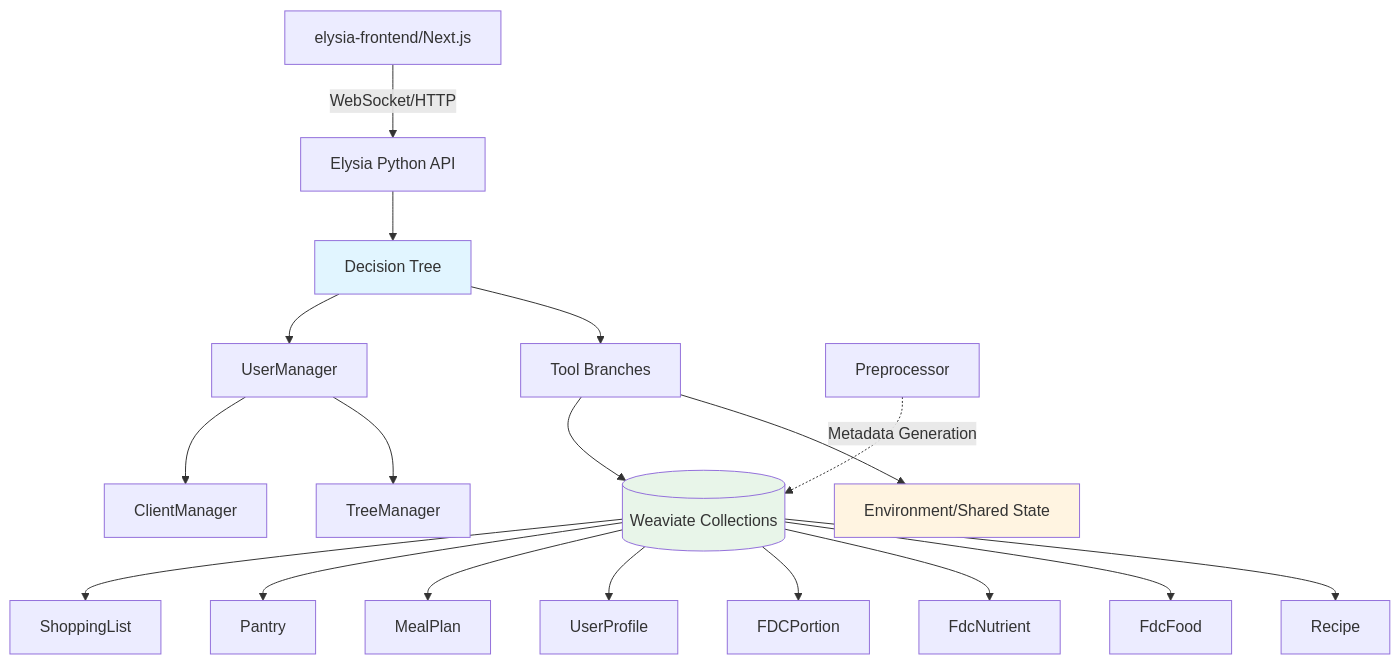
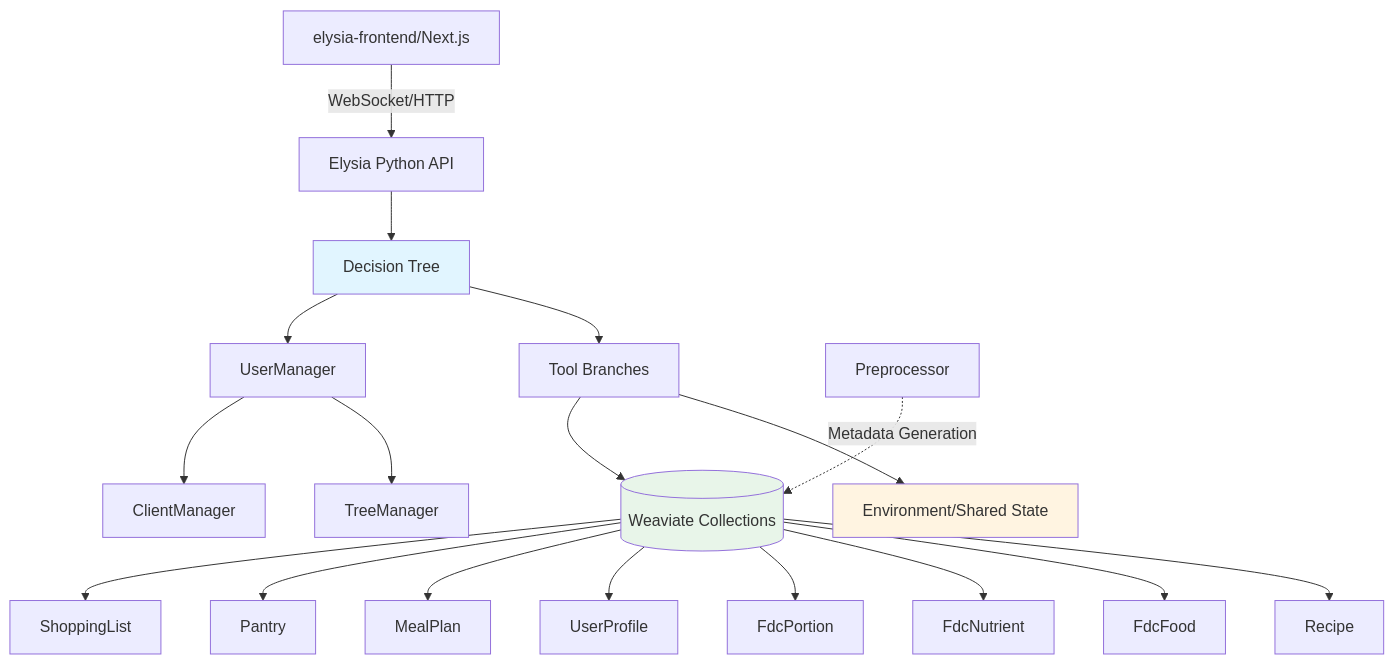
Before and after one commit to NCHzzz/MealAgent_Project: the first of 3 diagrams in docs/ai/design/feature-meal-planning-agent.md, drawn with Mermaid. The commit also changed other lines of this file and 4 other files, not shown here.

Commit message:
Update Meal Planning Agent documentation and code references to standardize terminology from "FDCPortion" to "FdcPortion". Adjust related design, implementation, requirements, and testing documents to reflect this change. Update subproject commit reference in the Elysia module.

````diff
--- a/docs/ai/design/feature-meal-planning-agent.md
+++ b/docs/ai/design/feature-meal-planning-agent.md
@@ -14,27 +14,27 @@
 ```mermaid
 graph TD
     UI[elysia-frontend/Next.js] -->|WebSocket/HTTP| API[Elysia Python API]
     API --> Tree[Decision Tree]
     Tree --> Tools[Tool Branches]
     Tools --> Env[Environment/Shared State]
     
     Tree --> UserMgr[UserManager]
     UserMgr --> TreeMgr[TreeManager]
     UserMgr --> ClientMgr[ClientManager]
     
     Tools --> Weaviate[(Weaviate Collections)]
     Weaviate --> Recipe[Recipe]
     Weaviate --> FdcFood[FdcFood]
     Weaviate --> FdcNutrient[FdcNutrient]
-    Weaviate --> FDCPortion[FDCPortion]
+    Weaviate --> FdcPortion[FdcPortion]
     Weaviate --> UserProfile[UserProfile]
     Weaviate --> MealPlan[MealPlan]
     Weaviate --> Pantry[Pantry]
     Weaviate --> Shopping[ShoppingList]
     
     Preprocessor[Preprocessor] -.->|Metadata Generation| Weaviate
     
     style Tree fill:#e1f5ff
     style Env fill:#fff4e1
     style Weaviate fill:#e8f5e9
 ```
````
